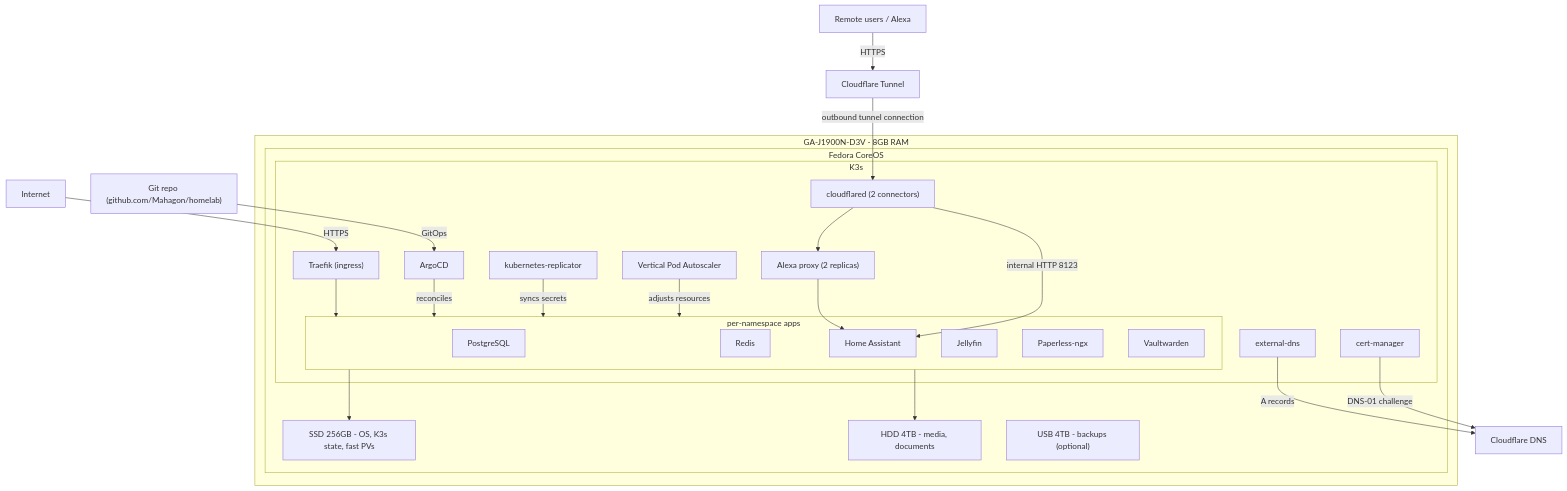
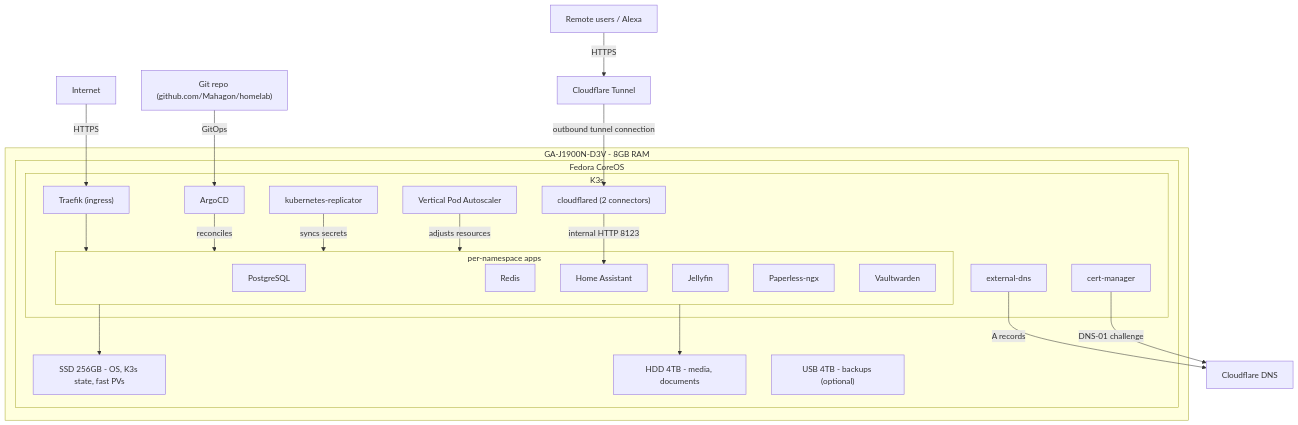
One commit to Mahagon/homelab changed the first of 2 diagrams in README.md. Above: the diagram before and after it, drawn with Mermaid. The commit also changed other lines of this file and 13 other files, not shown here.

Commit message:
feat: remove Alexa proxy integration and related configurations

````diff
--- a/README.md
+++ b/README.md
@@ -7,48 +7,45 @@
 ```mermaid
 graph TD
     Internet -->|HTTPS| Traefik
     RemoteUsers["Remote users / Alexa"] -->|HTTPS| CloudflareTunnel["Cloudflare Tunnel"]
     Git["Git repo (github.com/Mahagon/homelab)"] -->|GitOps| ArgoCD
     ExternalDNS -->|A records| Cloudflare["Cloudflare DNS"]
     CertManager -->|DNS-01 challenge| Cloudflare
 
     subgraph hw["GA-J1900N-D3V - 8GB RAM"]
         subgraph fcos["Fedora CoreOS"]
             subgraph cluster["K3s"]
                 ArgoCD
                 Traefik["Traefik (ingress)"]
                 CertManager["cert-manager"]
                 ExternalDNS["external-dns"]
                 Cloudflared["cloudflared (2 connectors)"]
-                AlexaProxy["Alexa proxy (2 replicas)"]
                 Replicator["kubernetes-replicator"]
                 VPA["Vertical Pod Autoscaler"]
 
                 subgraph apps["per-namespace apps"]
                     PostgreSQL
                     Redis
                     HomeAssistant["Home Assistant"]
                     Jellyfin
                     Paperless["Paperless-ngx"]
                     Vaultwarden
                 end
 
                 Traefik --> apps
-                Cloudflared --> AlexaProxy
-                AlexaProxy --> HomeAssistant
                 ArgoCD -->|reconciles| apps
                 Replicator -->|syncs secrets| apps
                 VPA -->|adjusts resources| apps
                 Cloudflared -->|internal HTTP 8123| HomeAssistant
             end
 
             SSD["SSD 256GB - OS, K3s state, fast PVs"]
             HDD["HDD 4TB - media, documents"]
             USB["USB 4TB - backups (optional)"]
         end
     end
 
     apps --> SSD
     apps --> HDD
     CloudflareTunnel -->|outbound tunnel connection| Cloudflared
 ```
````
